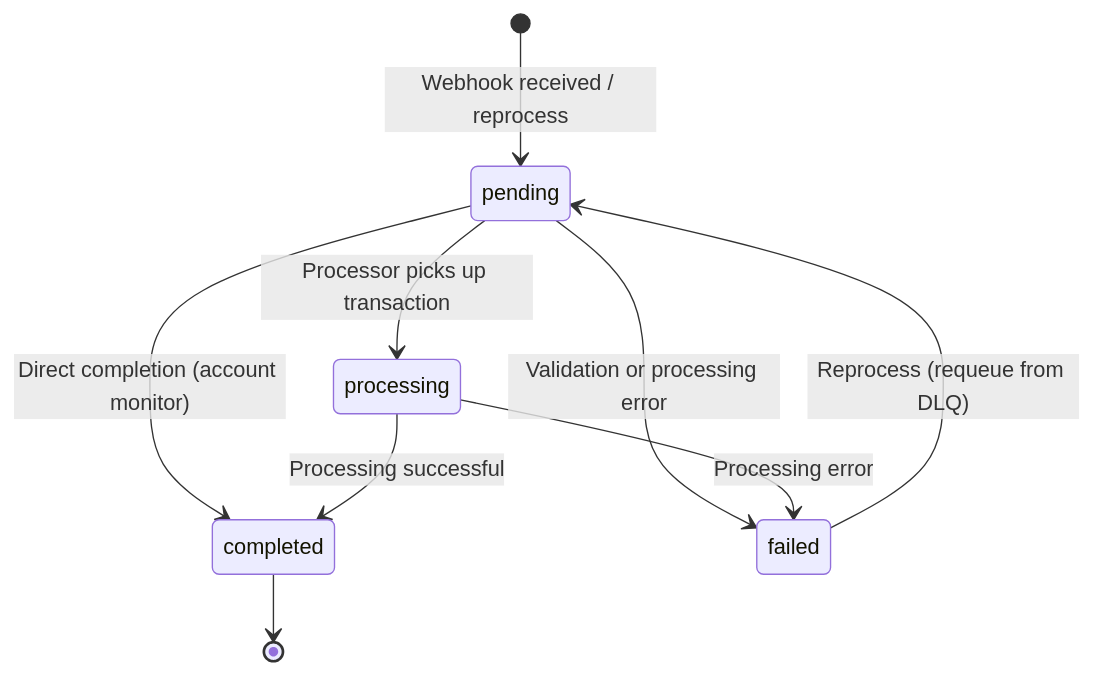
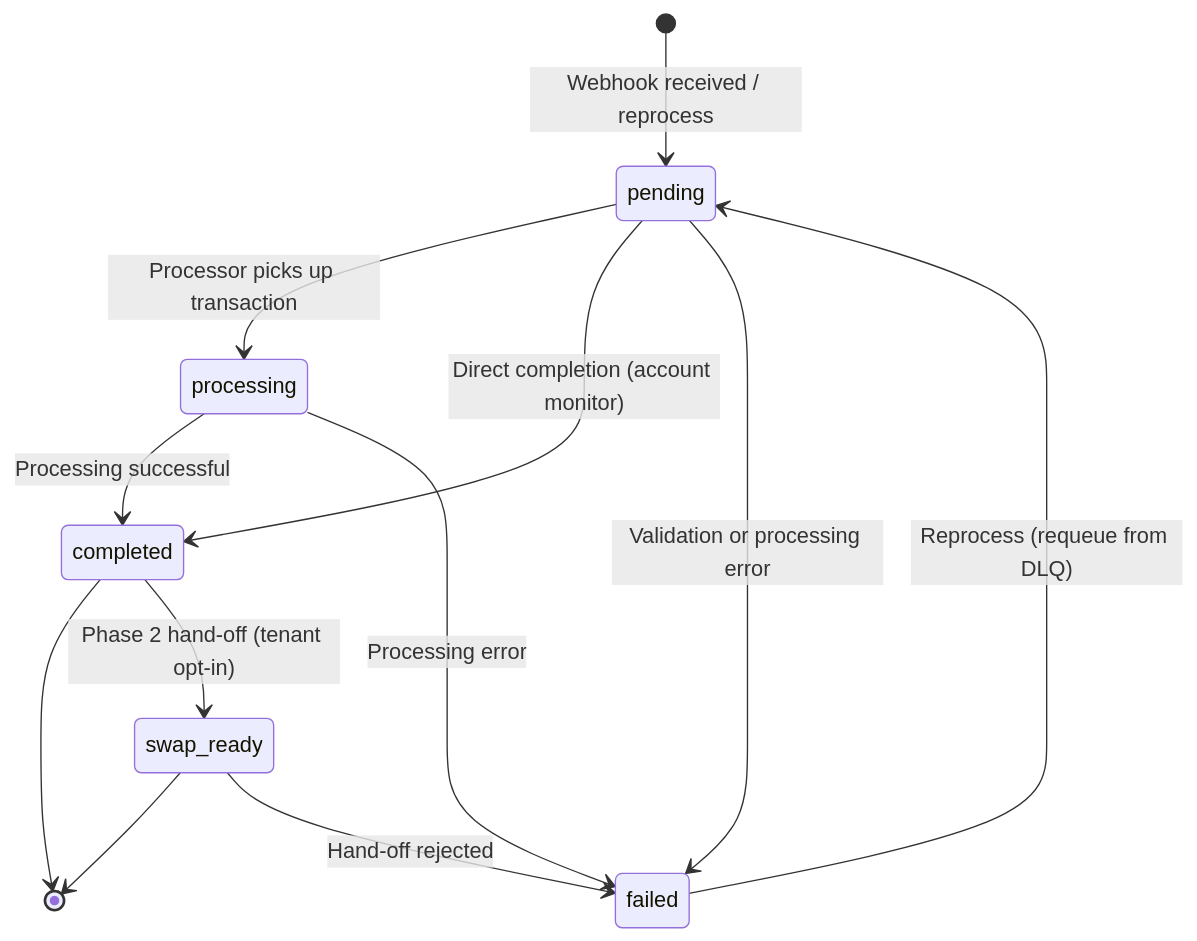
The diagram in docs/state-machine.md (Synapse-bridgez/synapse-core), drawn with Mermaid before and after one commit. The commit also changed other lines of this file and 3 other files, not shown here.

Commit message:
feat(swap): define Phase 2 swap-engine service boundary and hand-off contract (#1108)

````diff
--- a/docs/state-machine.md
+++ b/docs/state-machine.md
@@ -7,15 +7,18 @@
 ```mermaid
 stateDiagram-v2
     [*] --> pending: Webhook received / reprocess
 
     pending --> processing: Processor picks up transaction
     pending --> completed: Direct completion (account monitor)
     pending --> failed: Validation or processing error
 
     processing --> completed: Processing successful
     processing --> failed: Processing error
 
     failed --> pending: Reprocess (requeue from DLQ)
 
     completed --> [*]
+    completed --> swap_ready: Phase 2 hand-off (tenant opt-in)
+    swap_ready --> [*]
+    swap_ready --> failed: Hand-off rejected
 ```
````
